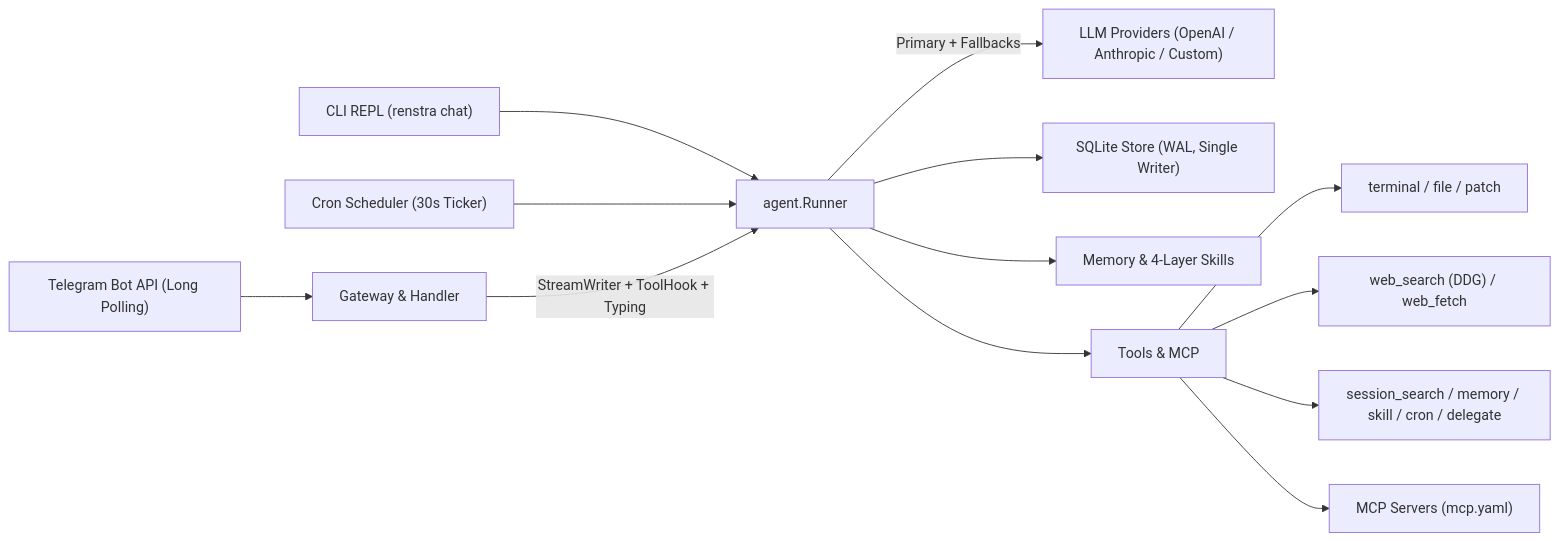
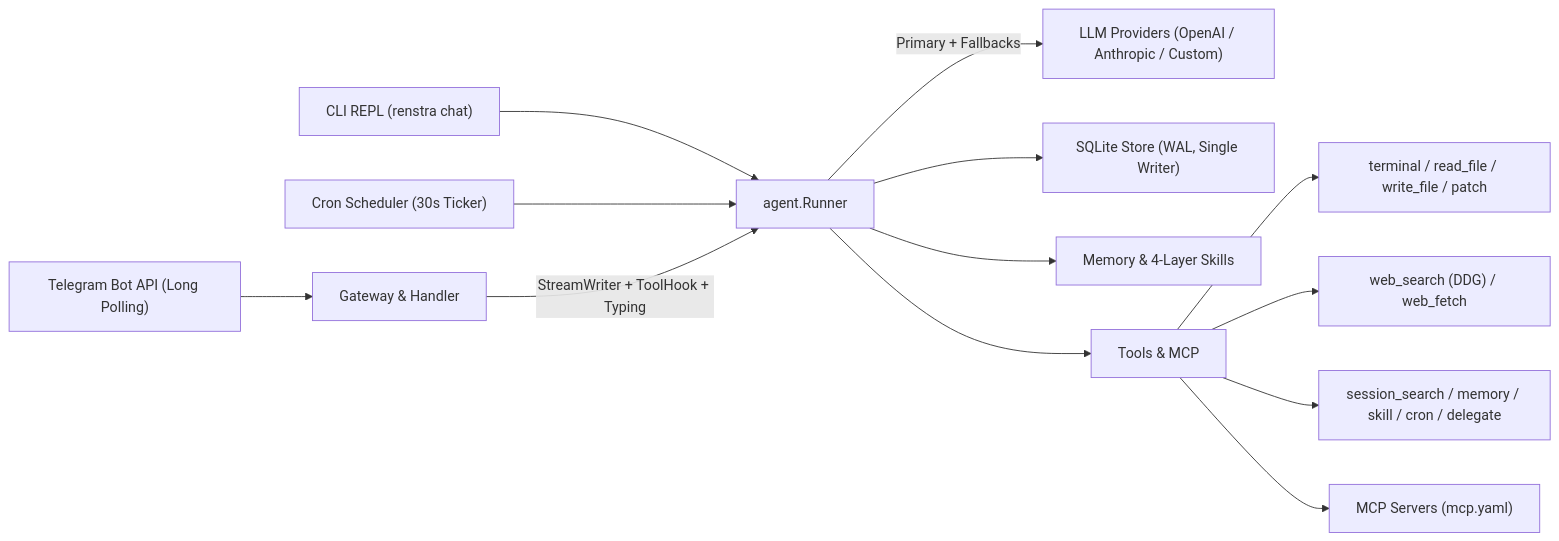
One commit to firdausmntp/RENSTRA changed the diagram in README.md. Above: the diagram before and after it, drawn with Mermaid. The commit also changed other lines of this file and 5 other files, not shown here.

````diff
--- a/README.md
+++ b/README.md
@@ -35,17 +58,17 @@
 ```mermaid
 flowchart LR
     TG["Telegram Bot API (Long Polling)"] --> GW["Gateway & Handler"]
     CLI["CLI REPL (renstra chat)"] --> RUN["agent.Runner"]
     CRON["Cron Scheduler (30s Ticker)"] --> RUN
     GW -->|"StreamWriter + ToolHook + Typing"| RUN
 
     RUN -->|"Primary + Fallbacks"| PROV["LLM Providers (OpenAI / Anthropic / Custom)"]
     RUN --> STORE["SQLite Store (WAL, Single Writer)"]
     RUN --> MEM["Memory & 4-Layer Skills"]
     RUN --> TOOLS["Tools & MCP"]
 
-    TOOLS --> T1["terminal / file / patch"]
+    TOOLS --> T1["terminal / read_file / write_file / patch"]
     TOOLS --> T2["web_search (DDG) / web_fetch"]
     TOOLS --> T3["session_search / memory / skill / cron / delegate"]
     TOOLS --> MCP["MCP Servers (mcp.yaml)"]
 ```
````
